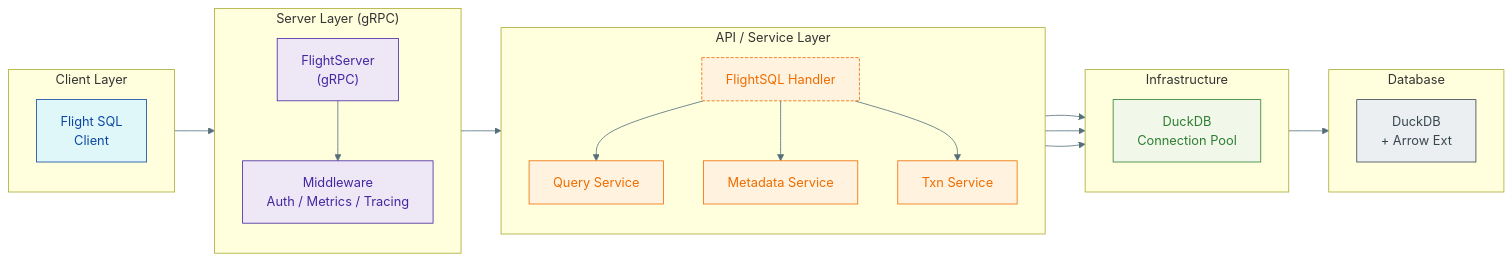
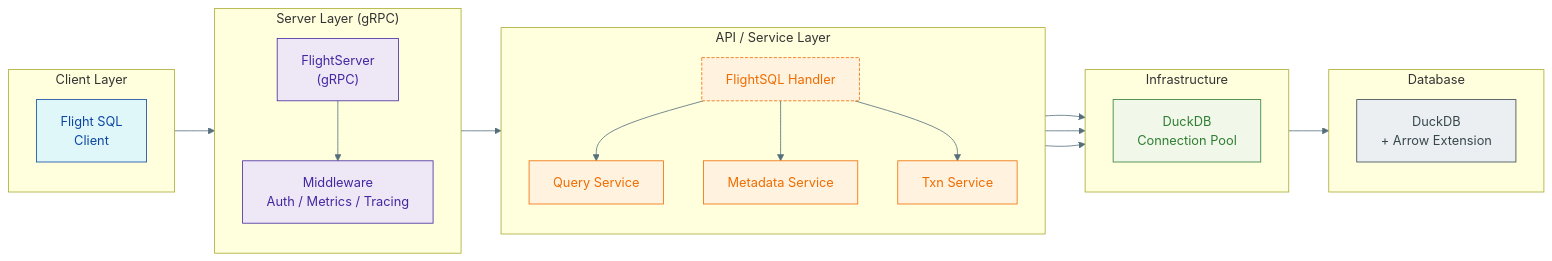
The diagram in README.md (TFMV/hatch), drawn with Mermaid before and after one commit. The commit also changed other lines of this file and 6 other files, not shown here.

````diff
--- a/README.md
+++ b/README.md
@@ -107,59 +103,59 @@
 ```mermaid
 %% DuckDB Flight SQL Server – Layered Architecture
 flowchart LR
     %% ── LAYER STYLES ──────────────────────────────────────────────
     classDef clientLayer  fill:#e0f7fa,stroke:#0d47a1,stroke-width:1px,color:#0d47a1
     classDef serverLayer  fill:#ede7f6,stroke:#4527a0,stroke-width:1px,color:#4527a0
     classDef serviceLayer fill:#fff3e0,stroke:#ef6c00,stroke-width:1px,color:#ef6c00
     classDef infraLayer   fill:#f1f8e9,stroke:#2e7d32,stroke-width:1px,color:#2e7d32
     classDef dbLayer      fill:#eceff1,stroke:#37474f,stroke-width:1px,color:#37474f
     classDef accent       stroke-dasharray:4 2
     linkStyle default stroke-width:1px,stroke:#546e7a
 
     %% ── CLIENT LAYER ──────────────────────────────────────────────
     subgraph "Client Layer"
         direction TB
         CLIENT["Flight SQL<br/>Client"]:::clientLayer
     end
 
     %% ── SERVER LAYER ──────────────────────────────────────────────
     subgraph "Server Layer (gRPC)"
         direction TB
         FS["FlightServer<br/>(gRPC)"]:::serverLayer
         MW["Middleware<br/>Auth / Metrics / Tracing"]:::serverLayer
         FS --> MW
     end
 
     %% ── API / SERVICE LAYER ───────────────────────────────────────
     subgraph "API / Service Layer"
         direction TB
         HANDLER["FlightSQL Handler"]:::serviceLayer
         QSRV["Query Service"]:::serviceLayer
         MSRV["Metadata Service"]:::serviceLayer
         TSRV["Txn Service"]:::serviceLayer
         HANDLER --> QSRV
         HANDLER --> MSRV
         HANDLER --> TSRV
     end
 
     %% ── INFRASTRUCTURE LAYER ──────────────────────────────────────
     subgraph "Infrastructure"
         direction TB
         POOL["DuckDB<br/>Connection Pool"]:::infraLayer
     end
 
     %% ── DATABASE LAYER ────────────────────────────────────────────
     subgraph "Database"
         direction TB
-        DUCK["DuckDB<br/>+ Arrow Ext"]:::dbLayer
+        DUCK["DuckDB<br/>+ Arrow Extension"]:::dbLayer
     end
 
     %% ── FLOW CONNECTIONS ──────────────────────────────────────────
     CLIENT --> FS
     MW --> HANDLER
     QSRV & MSRV & TSRV --> POOL
     POOL --> DUCK
 
     %% ── ACCENT HIGHLIGHT ─────────────────────────────────────────
     class HANDLER accent
 ```
````
